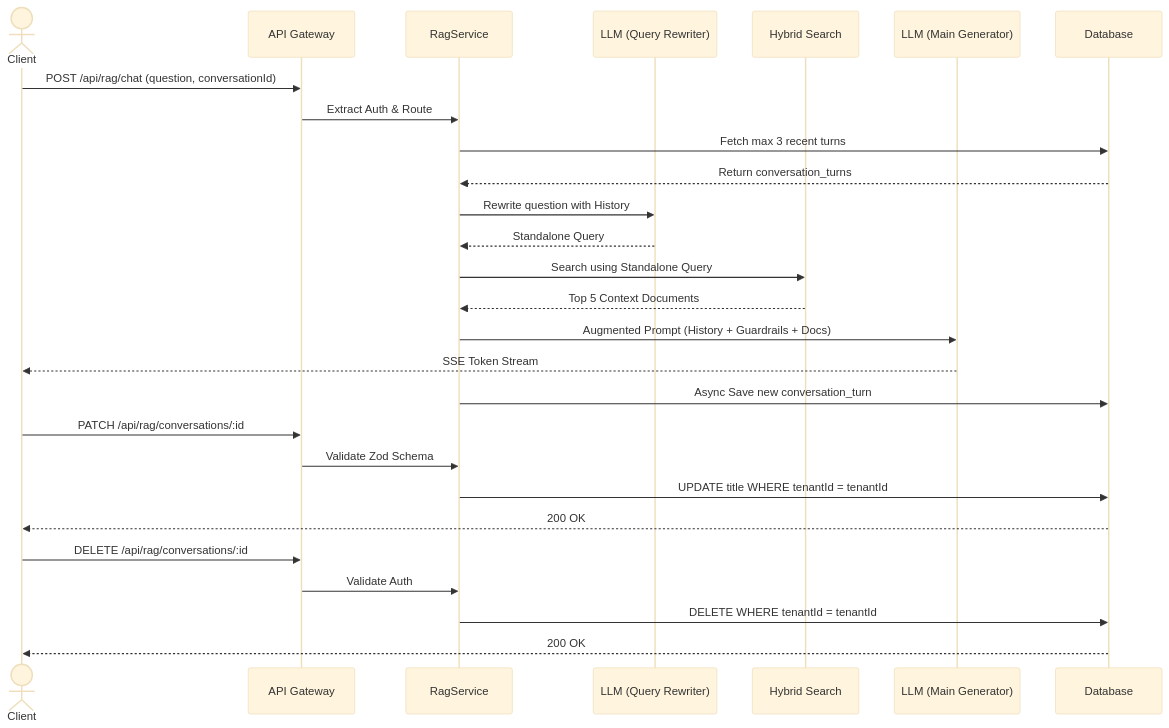
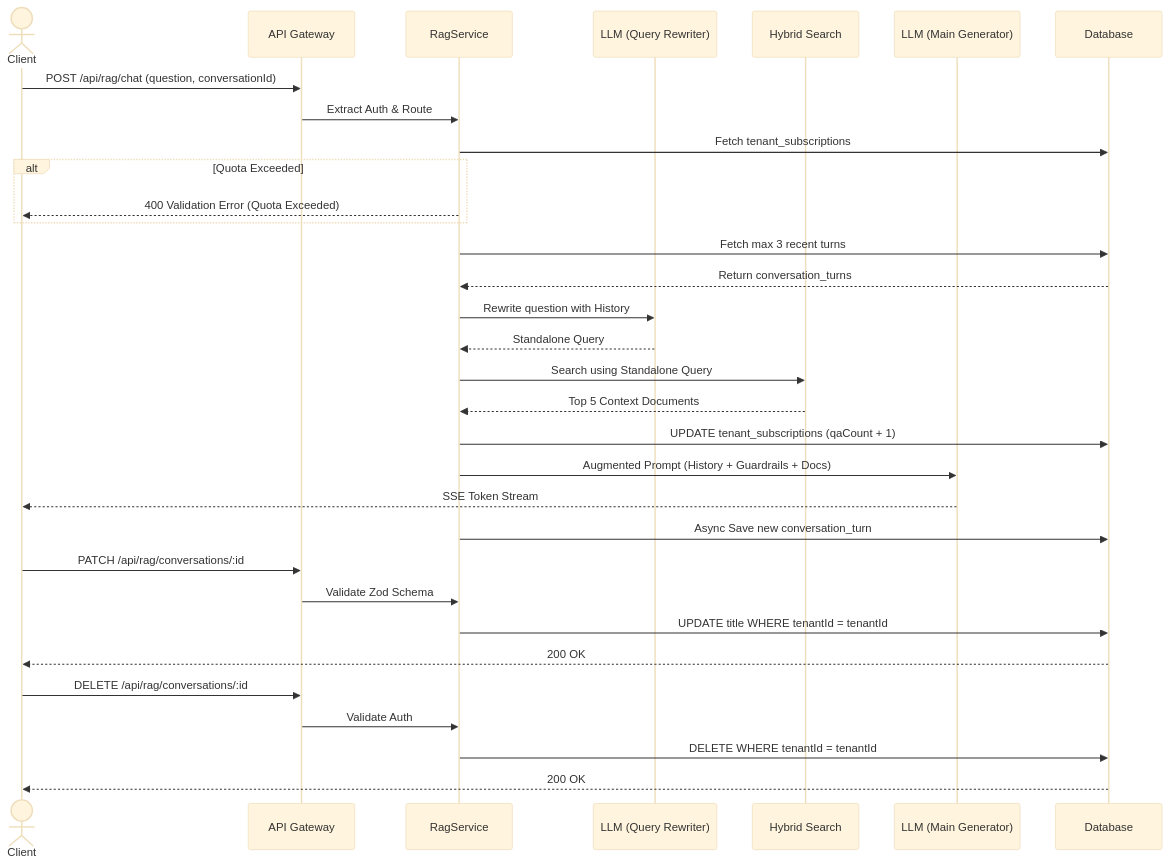
The diagram in docs/features/rag-conversation.md (kanzhamada/Dokyudo), drawn with Mermaid (base theme) before and after one commit. The commit also changed other lines of this file and 6 other files, not shown here.

````diff
--- a/docs/features/rag-conversation.md
+++ b/docs/features/rag-conversation.md
@@ -14,34 +15,39 @@
 ```mermaid
 sequenceDiagram
     actor Client
     participant API Gateway
     participant RagService
     participant LLM (Query Rewriter)
     participant Hybrid Search
     participant LLM (Main Generator)
     participant Database
 
     %% Memory & Query Rewriting Flow
     Client->>API Gateway: POST /api/rag/chat (question, conversationId)
     API Gateway->>RagService: Extract Auth & Route
+    RagService->>Database: Fetch tenant_subscriptions
+    alt Quota Exceeded
+        RagService-->>Client: 400 Validation Error (Quota Exceeded)
+    end
     RagService->>Database: Fetch max 3 recent turns
     Database-->>RagService: Return conversation_turns
     RagService->>LLM (Query Rewriter): Rewrite question with History
     LLM (Query Rewriter)-->>RagService: Standalone Query
     RagService->>Hybrid Search: Search using Standalone Query
     Hybrid Search-->>RagService: Top 5 Context Documents
+    RagService->>Database: UPDATE tenant_subscriptions (qaCount + 1)
     RagService->>LLM (Main Generator): Augmented Prompt (History + Guardrails + Docs)
     LLM (Main Generator)-->>Client: SSE Token Stream
     RagService->>Database: Async Save new conversation_turn
 
     %% Management Flow
     Client->>API Gateway: PATCH /api/rag/conversations/:id
     API Gateway->>RagService: Validate Zod Schema
     RagService->>Database: UPDATE title WHERE tenantId = tenantId
     Database-->>Client: 200 OK
 
     Client->>API Gateway: DELETE /api/rag/conversations/:id
     API Gateway->>RagService: Validate Auth
     RagService->>Database: DELETE WHERE tenantId = tenantId
     Database-->>Client: 200 OK
 ```
````
